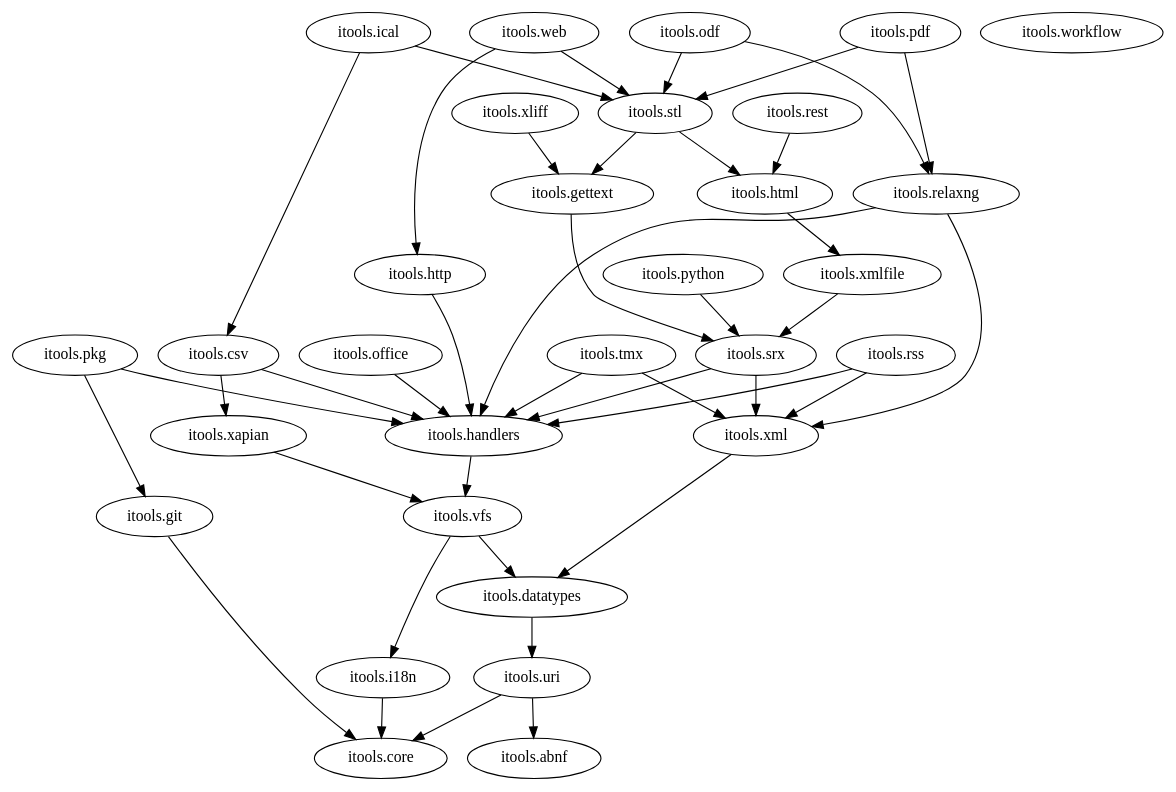
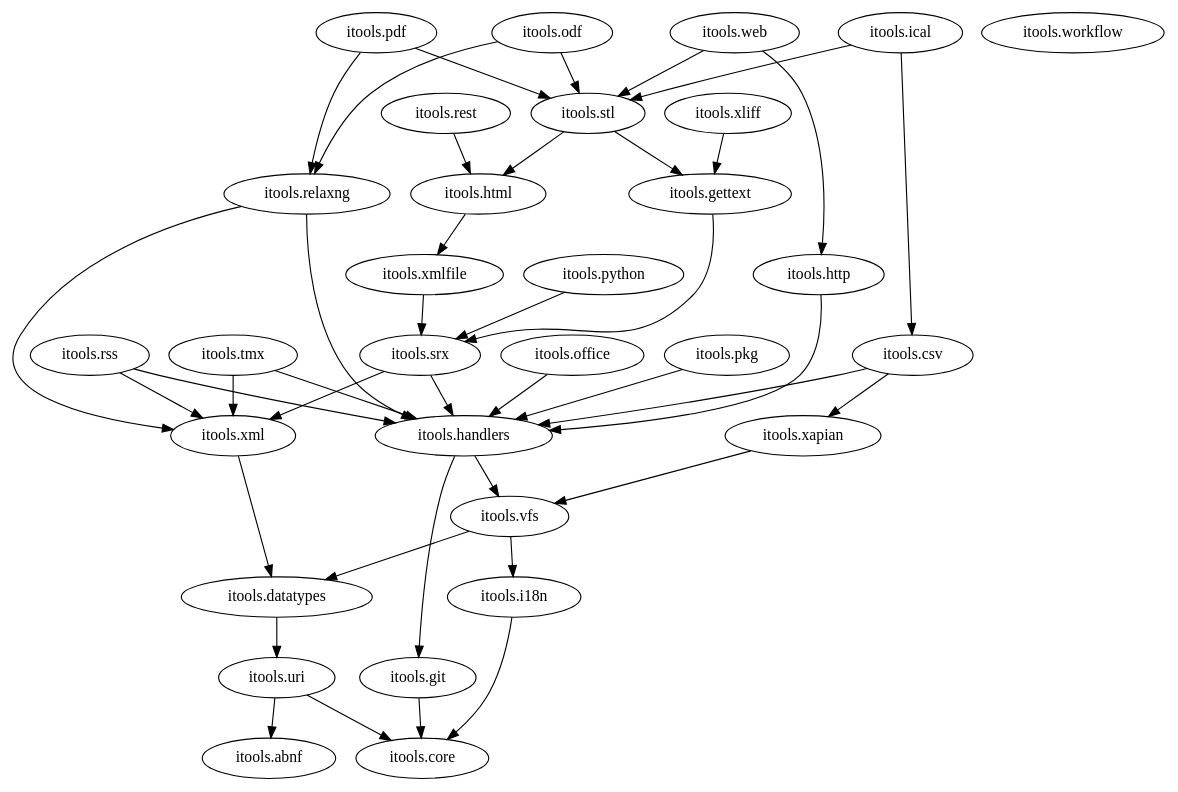
The diagram in itools/figures-src/packages.dot (nkhine/iTools-Documentation), drawn with Graphviz before and after one commit.

Commit message:
Update package dependency graph.

```diff
--- a/itools/figures-src/packages.dot
+++ b/itools/figures-src/packages.dot
@@ -1,146 +1,147 @@
 digraph G {
   "itools.abnf";
 
   "itools.core";
 
 #  "itools.csv" -> "itools.core";
 #  "itools.csv" -> "itools.datatypes";
   "itools.csv" -> "itools.handlers";
 #  "itools.csv" -> "itools.vfs";
   "itools.csv" -> "itools.xapian";
 
 #  "itools.datatypes" -> "itools.core";
   "itools.datatypes" -> "itools.uri";
 
 #  "itools.gettext" -> "itools.core";
 #  "itools.gettext" -> "itools.handlers";
   "itools.gettext" -> "itools.srx";
 #  "itools.gettext" -> "itools.xml";
 
   "itools.git" -> "itools.core";
 
 #  "itools.handlers" -> "itools.core";
 #  "itools.handlers" -> "itools.datatypes";
+  "itools.handlers" -> "itools.git";
 #  "itools.handlers" -> "itools.uri";
   "itools.handlers" -> "itools.vfs";
 
 #  "itools.html" -> "itools.core";
 #  "itools.html" -> "itools.datatypes";
 #  "itools.html" -> "itools.handlers";
 #  "itools.html" -> "itools.xml";
   "itools.html" -> "itools.xmlfile";
 
 #  "itools.http" -> "itools.datatypes";
   "itools.http" -> "itools.handlers";
 #  "itools.http" -> "itools.i18n";
 #  "itools.http" -> "itools.uri";
 
   "itools.i18n" -> "itools.core";
 
 #  "itools.ical" -> "itools.core";
   "itools.ical" -> "itools.csv";
 #  "itools.ical" -> "itools.datatypes";
 #  "itools.ical" -> "itools.handlers";
 #  "itools.ical" -> "itools.html";
   "itools.ical" -> "itools.stl";
 #  "itools.ical" -> "itools.xapian";
 
 #  "itools.odf" -> "itools.core";
 #  "itools.odf" -> "itools.datatypes";
 #  "itools.odf" -> "itools.handlers";
   "itools.odf" -> "itools.relaxng";
   "itools.odf" -> "itools.stl";
 #  "itools.odf" -> "itools.xml";
 #  "itools.odf" -> "itools.xmlfile";
 
   "itools.office" -> "itools.handlers";
 
 #  "itools.pdf" -> "itools.core";
 #  "itools.pdf" -> "itools.datatypes";
 #  "itools.pdf" -> "itools.handlers";
   "itools.pdf" -> "itools.relaxng";
   "itools.pdf" -> "itools.stl";
 #  "itools.pdf" -> "itools.uri";
 #  "itools.pdf" -> "itools.vfs";
 #  "itools.pdf" -> "itools.xml";
 #  "itools.pdf" -> "itools.xmlfile";
 
 #  "itools.pkg" -> "itools.core";
 #  "itools.pkg" -> "itools.datatypes";
-  "itools.pkg" -> "itools.git";
+#  "itools.pkg" -> "itools.git";
   "itools.pkg" -> "itools.handlers";
 #  "itools.pkg" -> "itools.uri";
 #  "itools.pkg" -> "itools.vfs";
 
 #  "itools.python" -> "itools.handlers";
   "itools.python" -> "itools.srx";
 
 #  "itools.relaxng" -> "itools.core";
 #  "itools.relaxng" -> "itools.datatypes";
   "itools.relaxng" -> "itools.handlers";
   "itools.relaxng" -> "itools.xml";
 #  "itools.relaxng" -> "itools.uri";
 #  "itools.relaxng" -> "itools.vfs";
 
 #  "itools.rest" -> "itools.handlers";
   "itools.rest" -> "itools.html";
 #  "itools.rest" -> "itools.xml";
 
 #  "itools.rss" -> "itools.core";
 #  "itools.rss" -> "itools.datatypes";
   "itools.rss" -> "itools.handlers";
   "itools.rss" -> "itools.xml";
 
 #  "itools.stl" -> "itools.core";
 #  "itools.stl" -> "itools.datatypes";
   "itools.stl" -> "itools.gettext";
   "itools.stl" -> "itools.html";
 #  "itools.stl" -> "itools.uri";
 #  "itools.stl" -> "itools.xml";
 
 #  "itools.srx" -> "itools.core";
   "itools.srx" -> "itools.handlers";
   "itools.srx" -> "itools.xml";
 
 #  "itools.tmx" -> "itools.core";
 #  "itools.tmx" -> "itools.datatypes";
   "itools.tmx" -> "itools.handlers";
   "itools.tmx" -> "itools.xml";
 
   "itools.uri" -> "itools.abnf";
   "itools.uri" -> "itools.core";
 
 #  "itools.vfs" -> "itools.core";
   "itools.vfs" -> "itools.datatypes";
   "itools.vfs" -> "itools.i18n";
 
 #  "itools.web" -> "itools.core";
 #  "itools.web" -> "itools.datatypes";
 #  "itools.web" -> "itools.gettext";
 #  "itools.web" -> "itools.handlers";
   "itools.web" -> "itools.http";
 #  "itools.web" -> "itools.i18n";
   "itools.web" -> "itools.stl";
 #  "itools.web" -> "itools.uri";
 
   "itools.workflow";
 
 #  "itools.xapian" -> "itools.datatypes";
 #  "itools.xapian" -> "itools.i18n";
 #  "itools.xapian" -> "itools.uri";
   "itools.xapian" -> "itools.vfs";
 
 #  "itools.xliff" -> "itools.core";
 #  "itools.xliff" -> "itools.datatypes";
   "itools.xliff" -> "itools.gettext";
 #  "itools.xliff" -> "itools.handlers";
 #  "itools.xliff" -> "itools.srx";
 #  "itools.xliff" -> "itools.xml";
 
   "itools.xml" -> "itools.datatypes";
 
 #  "itools.xmlfile" -> "itools.datatypes";
 #  "itools.xmlfile" -> "itools.handlers";
   "itools.xmlfile" -> "itools.srx";
 #  "itools.xmlfile" -> "itools.xml";
 }
```
